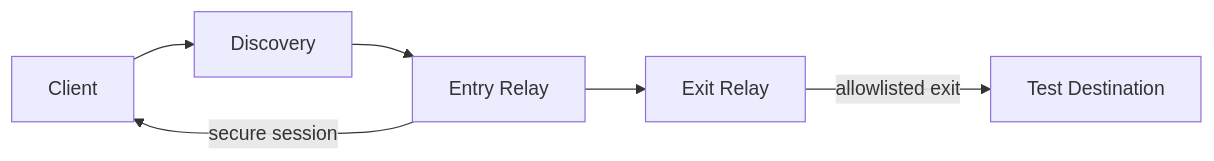
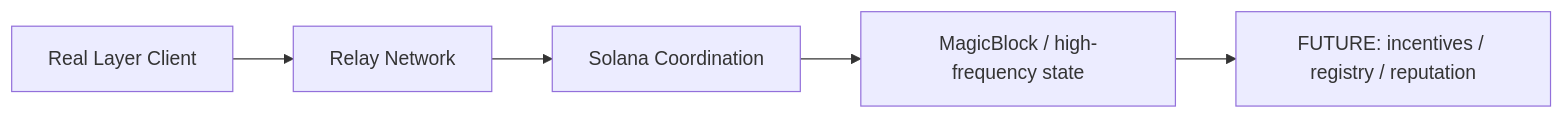
Before and after one commit to realahmad07/Real-Layer: the second of 2 diagrams in README.md, drawn with Mermaid. The commit also changed other lines of this file and 2 other files, not shown here.

Commit message:
docs: establish Real Layer project handoff and architecture

````diff
--- a/README.md
+++ b/README.md
@@ -80,8 +78,7 @@
 ```mermaid
 flowchart LR
-    Client --> Discovery
-    Discovery --> RelayA[Entry Relay]
-    RelayA --> RelayB[Exit Relay]
-    RelayA -->|secure session| Client
-    RelayB -->|allowlisted exit| TestServer[Test Destination]
+    A[Real Layer Client] --> B[Relay Network]
+    B --> C[Solana Coordination]
+    C --> D[MagicBlock / high-frequency state]
+    D --> E[FUTURE: incentives / registry / reputation]
 ```
````
